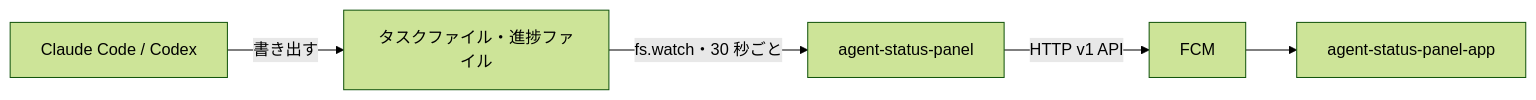
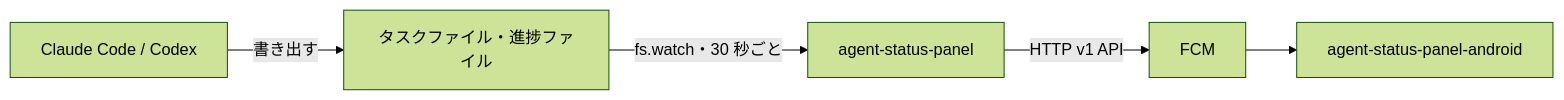
The diagram in README.md (andoshin11/agent-status-panel), drawn with Mermaid (forest theme) before and after one commit. The commit also changed other lines of this file and 1 other file, not shown here.

Commit message:
Point to the renamed Android app repository

````diff
--- a/README.md
+++ b/README.md
@@ -5,7 +5,7 @@
 ```mermaid
 flowchart LR
   agents["Claude Code / Codex"] -- "書き出す" --> files["タスクファイル・進捗ファイル"]
   files -- "fs.watch・30 秒ごと" --> daemon["agent-status-panel"]
   daemon -- "HTTP v1 API" --> fcm["FCM"]
-  fcm --> app["agent-status-panel-app"]
+  fcm --> app["agent-status-panel-android"]
 ```
````
